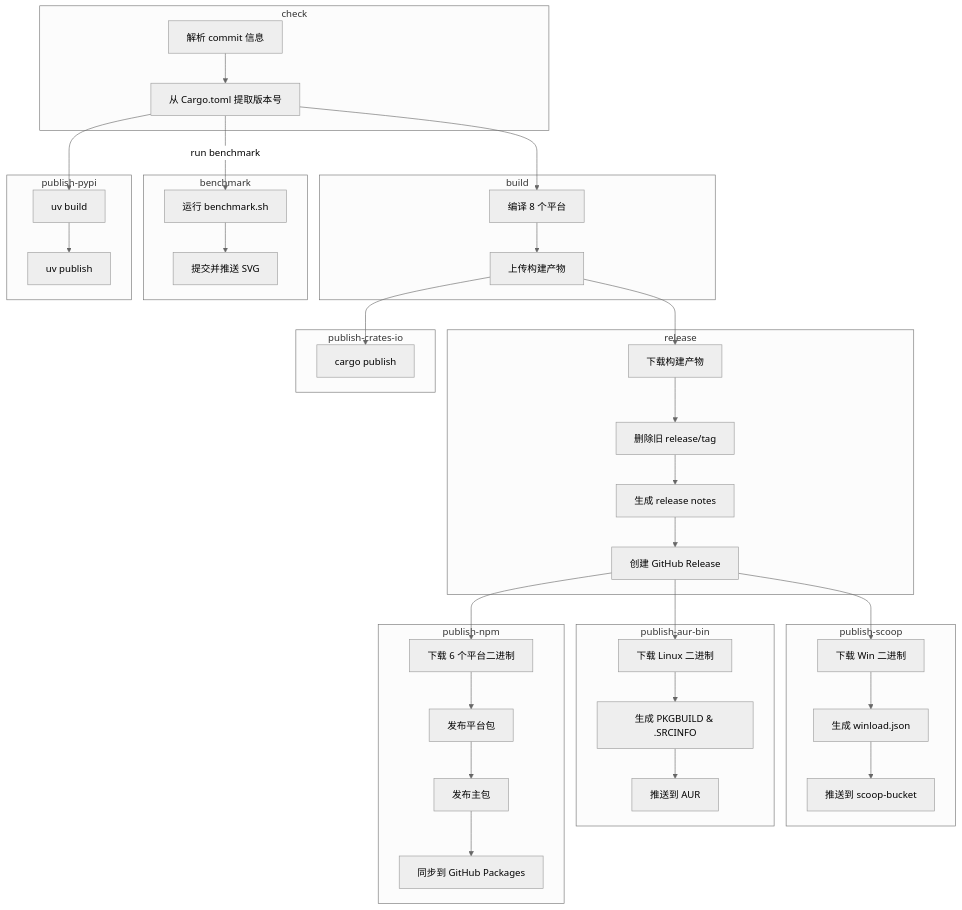
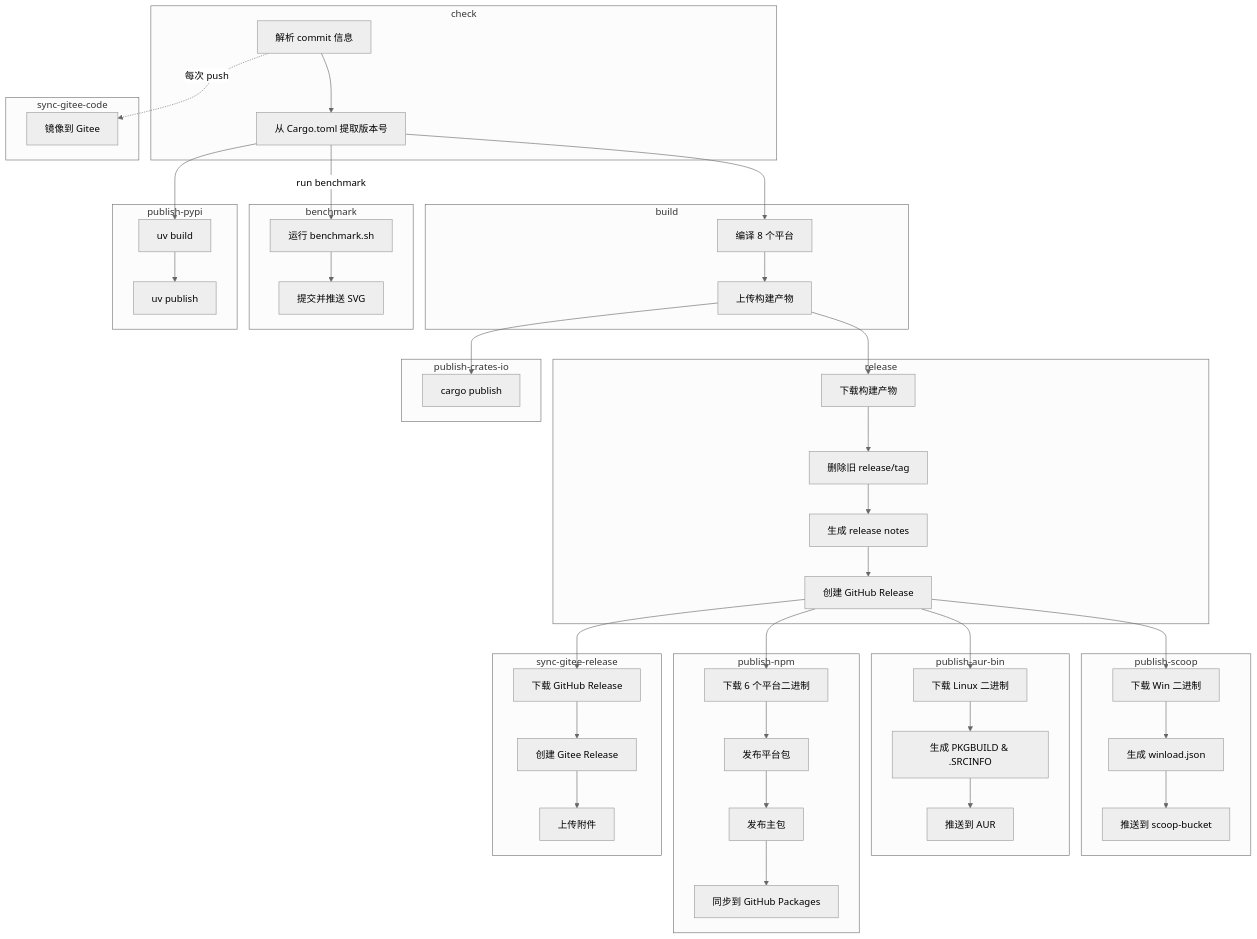
Before and after one commit to VincentZyu233/winload_ForMiWifiRouter3G: the diagram in .github/workflows/build.zh-cn.md, drawn with Mermaid (neutral theme). The commit also changed other lines of this file and 7 other files, not shown here.

````diff
--- a/.github/workflows/build.zh-cn.md
+++ b/.github/workflows/build.zh-cn.md
@@ -138,69 +149,82 @@
 ```mermaid
 flowchart TB
     subgraph check["check"]
         C1[解析 commit 信息]
         C2[从 Cargo.toml 提取版本号]
+    end
+    
+    subgraph syncCode["sync-gitee-code"]
+        SC1[镜像到 Gitee]
     end
     
     subgraph build["build"]
         B1[编译 8 个平台]
         B2[上传构建产物]
     end
     
     subgraph release["release"]
         R1[下载构建产物]
         R2[删除旧 release/tag]
         R3[生成 release notes]
         R4[创建 GitHub Release]
     end
     
     subgraph scoop["publish-scoop"]
         S1[下载 Win 二进制]
         S2[生成 winload.json]
         S3[推送到 scoop-bucket]
     end
     
     subgraph aur["publish-aur-bin"]
         A1[下载 Linux 二进制]
         A2[生成 PKGBUILD & .SRCINFO]
         A3[推送到 AUR]
     end
     
     subgraph npm["publish-npm"]
         N1[下载 6 个平台二进制]
         N2[发布平台包]
         N3[发布主包]
         N4[同步到 GitHub Packages]
     end
     
+    subgraph syncRelease["sync-gitee-release"]
+        SR1[下载 GitHub Release]
+        SR2[创建 Gitee Release]
+        SR3[上传附件]
+    end
+    
     subgraph benchmark["benchmark"]
         BM1[运行 benchmark.sh]
         BM2[提交并推送 SVG]
     end
     
     subgraph crates["publish-crates-io"]
         CR1[cargo publish]
     end
     
     subgraph pypi["publish-pypi"]
         PY1[uv build]
         PY2[uv publish]
     end
 
     C1 --> C2
+    C1 -."每次 push".-> SC1
     C2 --> B1
     C2 --"run benchmark"--> BM1
     C2 --> PY1
     BM1 --> BM2
     PY1 --> PY2
     B1 --> B2
     B2 --> R1
     B2 --> CR1
     R1 --> R2 --> R3 --> R4
     R4 --> S1
     S1 --> S2 --> S3
     R4 --> A1
     A1 --> A2 --> A3
     R4 --> N1
     N1 --> N2 --> N3 --> N4
+    R4 --> SR1
+    SR1 --> SR2 --> SR3
 ```
````
